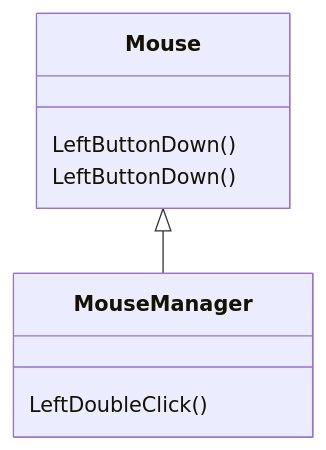
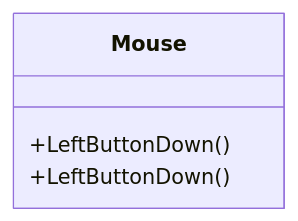
The diagram in source/_posts/what-is-an-entity.md (ojdev/ojdev.github.io), drawn with Mermaid before and after one commit.

````diff
--- a/source/_posts/what-is-an-entity.md
+++ b/source/_posts/what-is-an-entity.md
@@ -45,7 +45,6 @@
 ```mermaid
 classDiagram
-Mouse <|-- MouseManager 
-Mouse : LeftButtonDown()
-Mouse : LeftButtonDown()
-MouseManager : LeftDoubleClick()
+    class Mouse
+    Mouse : +LeftButtonDown()
+    Mouse : +LeftButtonDown()
 ```
````
